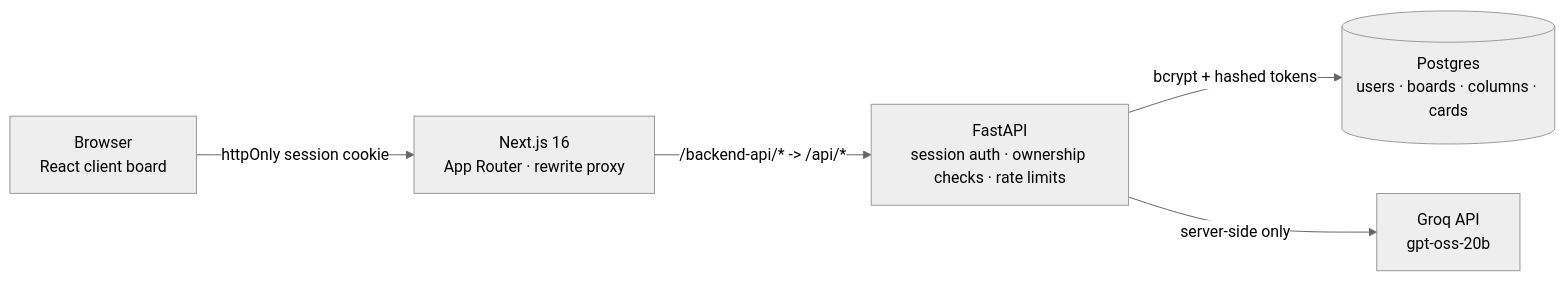
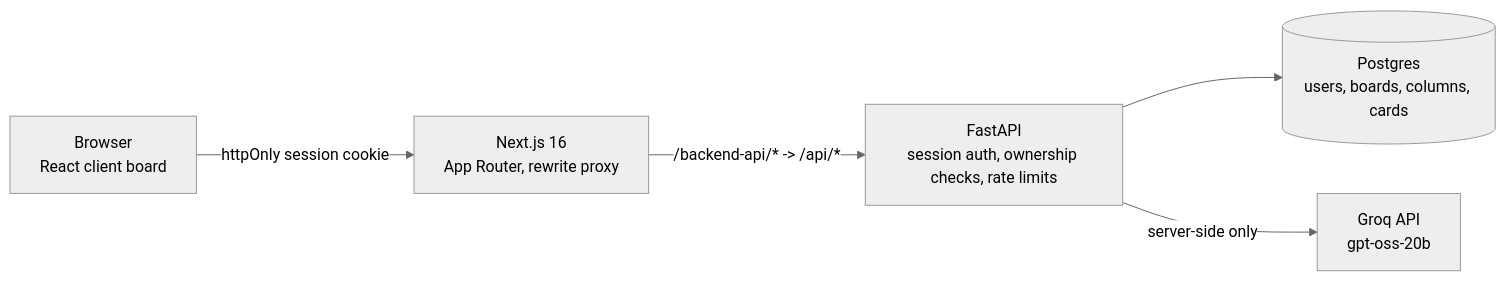
Before and after one commit to akhilvamsi-gogula/Kanban-board: the diagram in README.md, drawn with Mermaid (neutral theme). The commit also changed other lines of this file and 27 other files, not shown here.

````diff
--- a/README.md
+++ b/README.md
@@ -24,13 +32,13 @@
 ```mermaid
 flowchart LR
     Browser["Browser\nReact client board"]
-    Next["Next.js 16\nApp Router · rewrite proxy"]
-    API["FastAPI\nsession auth · ownership checks · rate limits"]
-    DB[("Postgres\nusers · boards · columns · cards")]
+    Next["Next.js 16\nApp Router, rewrite proxy"]
+    API["FastAPI\nsession auth, ownership checks, rate limits"]
+    DB[("Postgres\nusers, boards, columns, cards")]
     Groq["Groq API\ngpt-oss-20b"]
 
     Browser -- "httpOnly session cookie" --> Next
     Next -- "/backend-api/* -> /api/*" --> API
-    API -- "bcrypt + hashed tokens" --> DB
+    API --> DB
     API -- "server-side only" --> Groq
 ```
````
